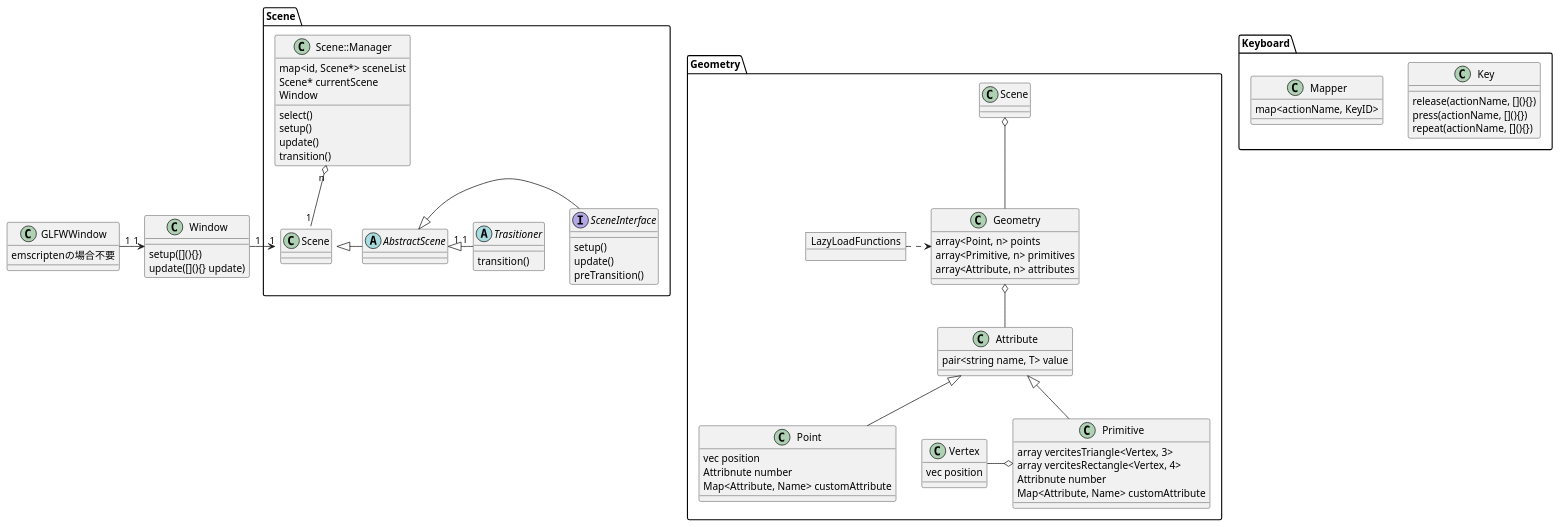
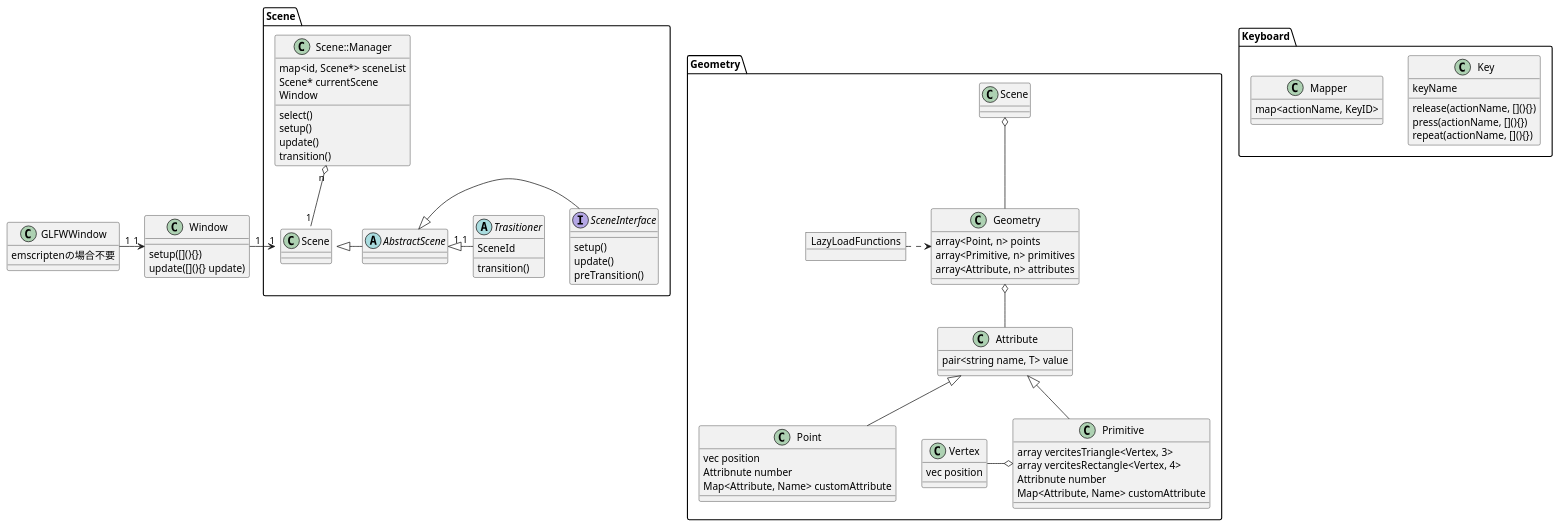
One commit to thu0x31/Learn_OpenGL_and_Managers changed the diagram in UML/classs.pu. Above: the diagram before and after it, drawn with PlantUML. The commit also changed 6 other files, not shown here.

Commit message:
name --> key, tiny fix

```diff
--- a/UML/classs.pu
+++ b/UML/classs.pu
@@ -1,104 +1,107 @@
 @startuml thux
 ' eventは各自のオブジェクトが持ちたい
 
 class GLFWWindow {
     emscriptenの場合不要
 }
 GLFWWindow "1" -> "1" Window
 
 class Window {
     setup([](){})
     update([](){} update)
 }
 ' Window --> Scene
 ' Window --> Geometry
 
 package Scene {
     Window "1" -> "1" Scene::Manager
     
     class Scene::Manager {
         'compile time
         map<id, Scene*> sceneList 
         ' str?
         Scene* currentScene
         Window
 
         select()
         setup()
         update()
         transition()
     }
     Scene::Manager "n" o-- "1" Scene
 
     Scene <|- AbstractScene
     abstract AbstractScene {
     }
 
     AbstractScene  <|- SceneInterface
     interface SceneInterface {
         setup()
         update()
         preTransition()
     }
 
     AbstractScene "1" <|- "1" Trasitioner
     abstract Trasitioner {
+        SceneId
         transition()
     }
 }
 
 package Keyboard {
     ' 1 : n ? key('e')
     ' 1 : 1 key().press('e')
+    
     class Key {
+        keyName
         release(actionName, [](){})
         press(actionName, [](){})
         repeat(actionName, [](){})
     }
 
     class Mapper {
         map<actionName, KeyID>
     }
 }
 
 package Geometry {
     class Geometry {
         array<Point, n> points
         array<Primitive, n> primitives
         array<Attribute, n> attributes
     }
     Scene o-- Geometry
 
     Geometry o-- Attribute
 
     object LazyLoadFunctions {
 
     }
     LazyLoadFunctions .> Geometry
 
     class Attribute {
         pair<string name, T> value
     }
 
     class Point {
         vec position
         Attribnute number
         Map<Attribute, Name> customAttribute
     }
     Attribute <|-- Point
 
     class Primitive {
         array vercitesTriangle<Vertex, 3>
         array vercitesRectangle<Vertex, 4>
         Attribnute number
         Map<Attribute, Name> customAttribute
     }
     Attribute <|-- Primitive
 
     class Vertex {
         vec position
     }
     Vertex -o Primitive
     ' Vertex <|- Attribute
 }
 @enduml
```
